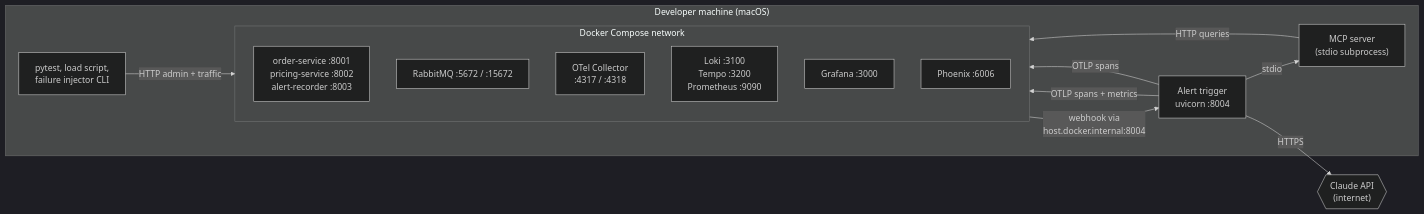
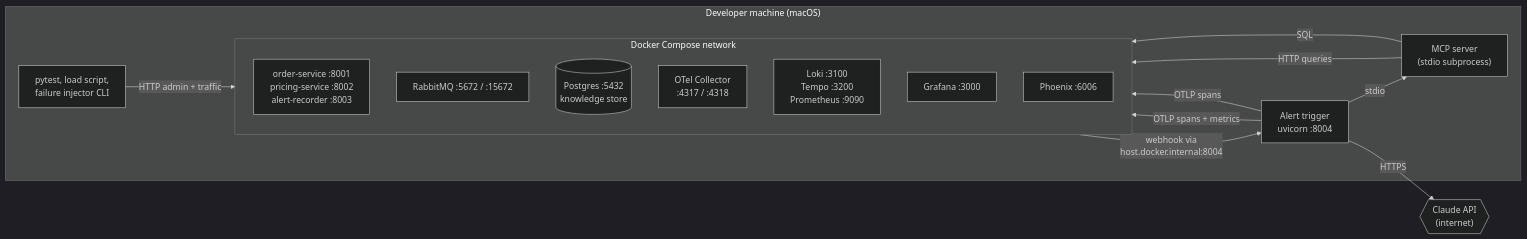
Before and after one commit to ankgupt9/agentic-incident-response: the fifth of 9 diagrams in docs/solution-design.md, drawn with Mermaid (dark theme). The commit also changed other lines of this file and 42 other files, not shown here.

Commit message:
Knowledge store: Postgres, ingestion with lint, five MCP knowledge tools, off switch, golden-query tests

````diff
--- a/docs/solution-design.md
+++ b/docs/solution-design.md
@@ -299,28 +299,30 @@
 ```mermaid
 flowchart LR
     CLAUDE{{"Claude API<br/>(internet)"}}
 
     subgraph HOST["Developer machine (macOS)"]
         AG["Alert trigger<br/>uvicorn :8004"]
         MCPP["MCP server<br/>(stdio subprocess)"]
         CLI["pytest, load script,<br/>failure injector CLI"]
 
         subgraph DC["Docker Compose network"]
             direction TB
             SVCS["order-service :8001<br/>pricing-service :8002<br/>alert-recorder :8003"]
             MQ["RabbitMQ :5672 / :15672"]
+            PG[("Postgres :5432<br/>knowledge store")]
             COL["OTel Collector<br/>:4317 / :4318"]
             BE["Loki :3100<br/>Tempo :3200<br/>Prometheus :9090"]
             GRAF["Grafana :3000"]
             PHX["Phoenix :6006"]
         end
     end
 
     AG -- "HTTPS" --> CLAUDE
     AG -- "stdio" --> MCPP
     MCPP -- "HTTP queries" --> BE
+    MCPP -- "SQL" --> PG
     AG -- "OTLP spans + metrics" --> COL
     AG -- "OTLP spans" --> PHX
     GRAF -- "webhook via<br/>host.docker.internal:8004" --> AG
     CLI -- "HTTP admin + traffic" --> SVCS
 ```
````
